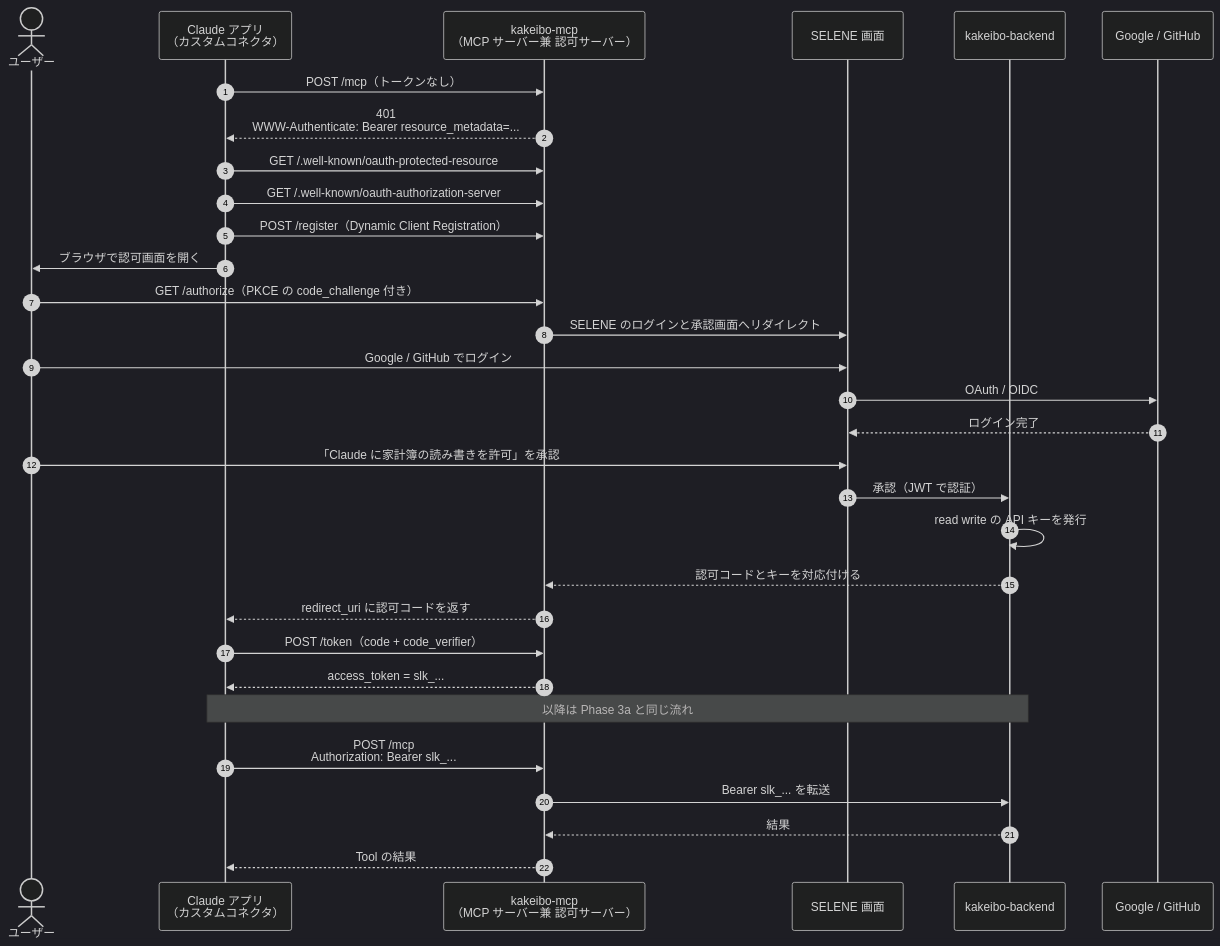
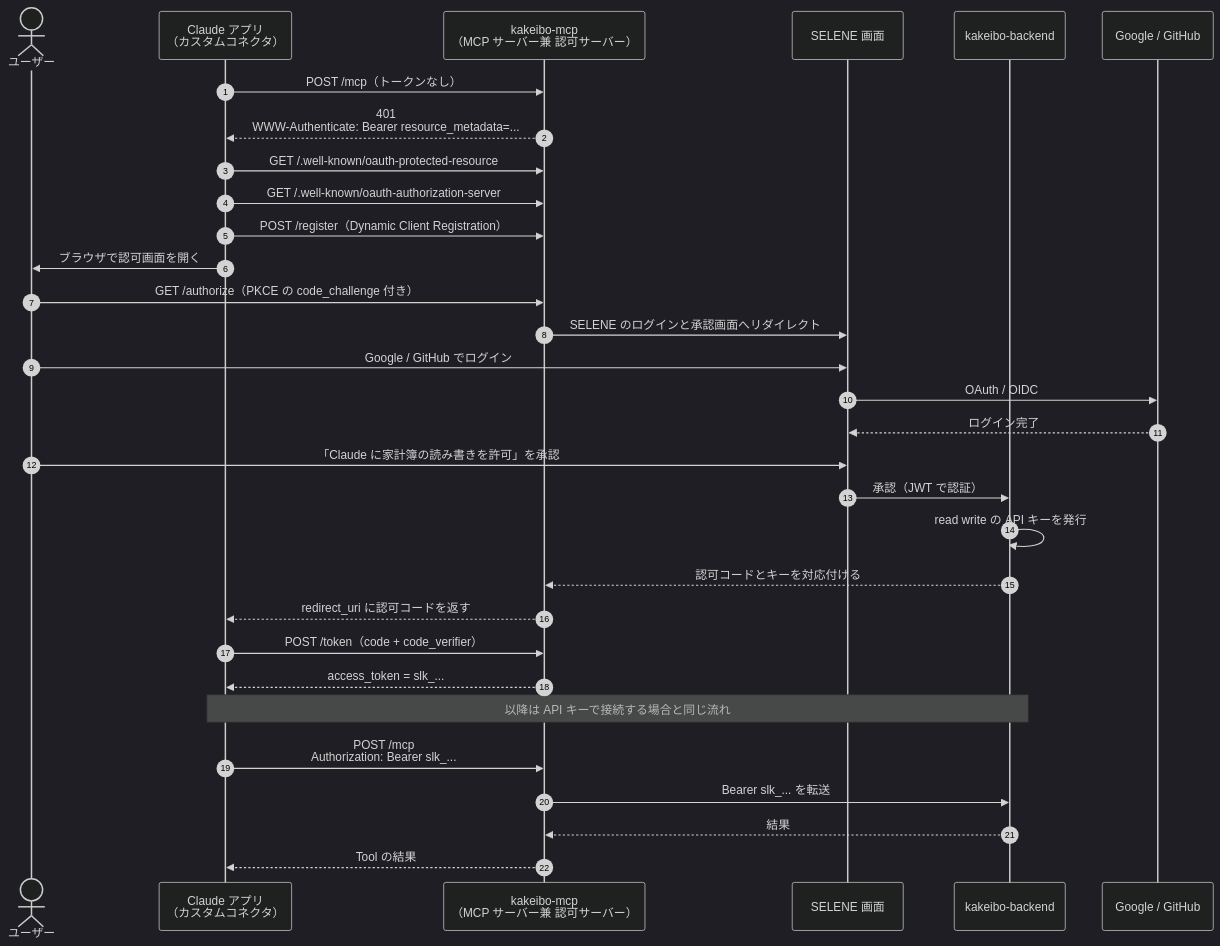
Before and after one commit to Riri-Inferno/selene-mcp-server: the third of 4 diagrams in docs/architecture.md, drawn with Mermaid (dark theme). The commit also changed other lines of this file and 1 other file, not shown here.

````diff
--- a/docs/architecture.md
+++ b/docs/architecture.md
@@ -84,35 +86,35 @@
 ```mermaid
 sequenceDiagram
   autonumber
   actor U as ユーザー
   participant C as Claude アプリ<br/>（カスタムコネクタ）
   participant M as kakeibo-mcp<br/>（MCP サーバー兼 認可サーバー）
   participant F as SELENE 画面
   participant B as kakeibo-backend
   participant IdP as Google / GitHub
 
   C->>M: POST /mcp（トークンなし）
   M-->>C: 401<br/>WWW-Authenticate: Bearer resource_metadata=...
   C->>M: GET /.well-known/oauth-protected-resource
   C->>M: GET /.well-known/oauth-authorization-server
   C->>M: POST /register（Dynamic Client Registration）
   C->>U: ブラウザで認可画面を開く
   U->>M: GET /authorize（PKCE の code_challenge 付き）
   M->>F: SELENE のログインと承認画面へリダイレクト
   U->>F: Google / GitHub でログイン
   F->>IdP: OAuth / OIDC
   IdP-->>F: ログイン完了
   U->>F: 「Claude に家計簿の読み書きを許可」を承認
   F->>B: 承認（JWT で認証）
   B->>B: read write の API キーを発行
   B-->>M: 認可コードとキーを対応付ける
   M-->>C: redirect_uri に認可コードを返す
   C->>M: POST /token（code + code_verifier）
   M-->>C: access_token = slk_...
 
-  Note over C,B: 以降は Phase 3a と同じ流れ
+  Note over C,B: 以降は API キーで接続する場合と同じ流れ
   C->>M: POST /mcp<br/>Authorization: Bearer slk_...
   M->>B: Bearer slk_... を転送
   B-->>M: 結果
   M-->>C: Tool の結果
 ```
````
